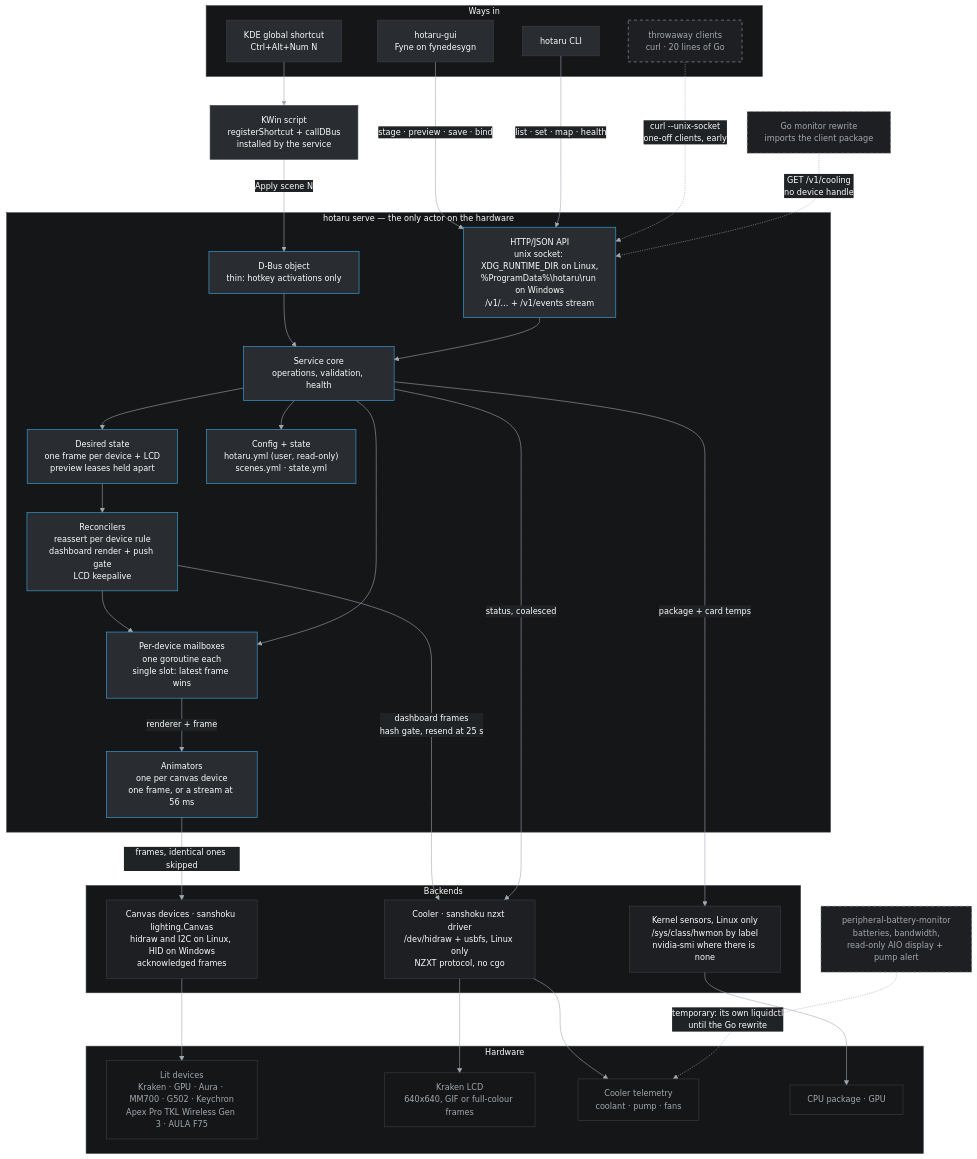
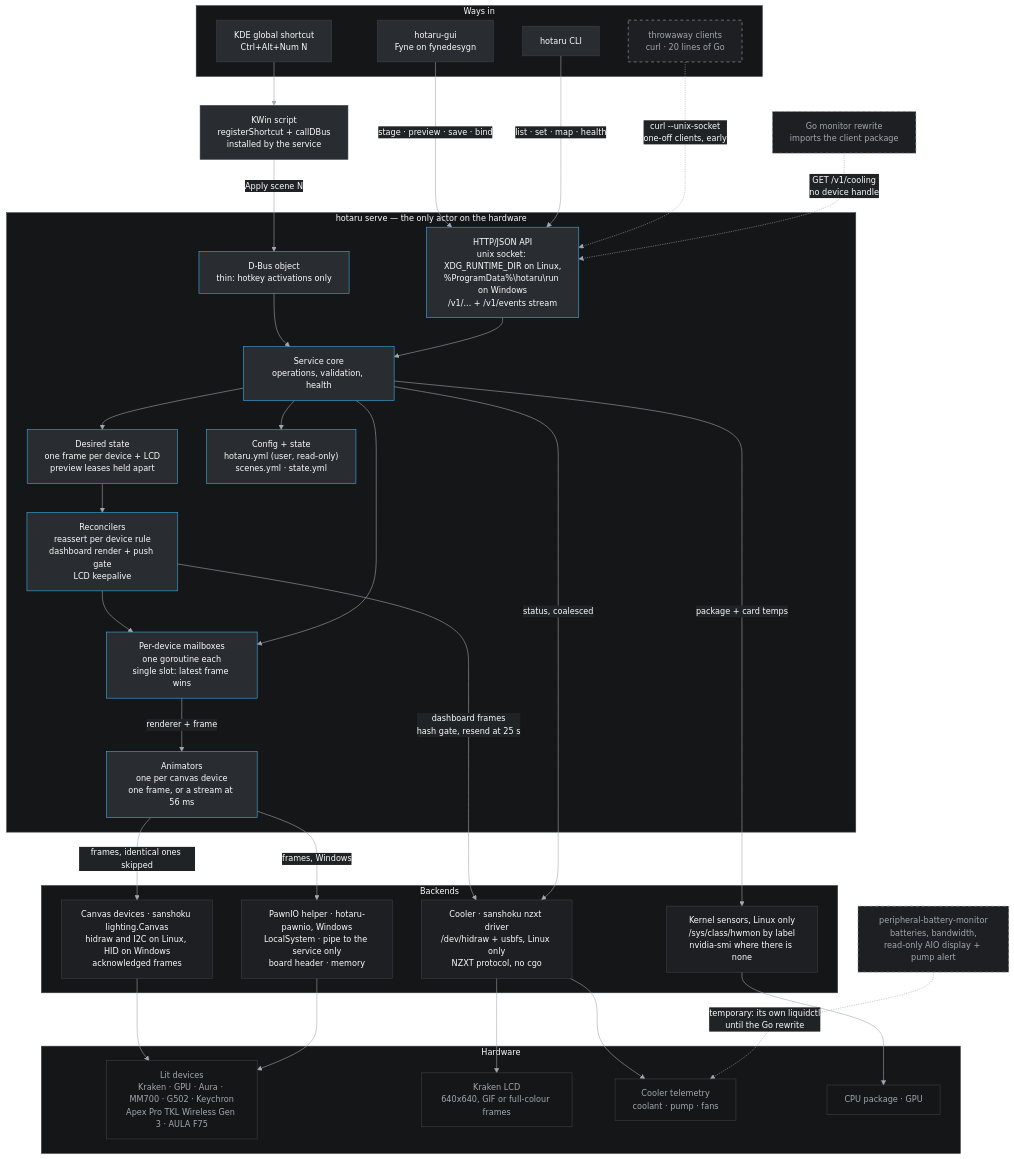
The first of 3 diagrams in docs/architecture.md (ushineko/hotaru), drawn with Mermaid before and after one commit. The commit also changed other lines of this file and 13 other files, not shown here.

```diff
--- a/docs/architecture.md
+++ b/docs/architecture.md
@@ -42,6 +42,7 @@
     subgraph backends["Backends"]
         COOL["Cooler · sanshoku nzxt driver<br/>/dev/hidraw + usbfs, Linux only<br/>NZXT protocol, no cgo"]
         CANV["Canvas devices · sanshoku lighting.Canvas<br/>hidraw and I2C on Linux, HID on Windows<br/>acknowledged frames"]
+        PAWN["PawnIO helper · hotaru-pawnio, Windows<br/>LocalSystem · pipe to the service only<br/>board header · memory"]
         HWMON["Kernel sensors, Linux only<br/>/sys/class/hwmon by label<br/>nvidia-smi where there is none"]
     end
 
@@ -76,6 +77,8 @@
     CORE -->|"package + card temps"| HWMON
 
     CANV --> LIT
+    ANIM -->|"frames, Windows"| PAWN
+    PAWN --> LIT
     COOL --> LCD
     COOL --> TELEM
     HWMON --> TEMP
@@ -90,7 +93,7 @@
     classDef entry fill:#292c30,stroke:#3c4045,color:#fcfcfc
 
     class DBUS,API,CORE,STATE,RECON,MBOX,ANIM,CFG svcnode
-    class COOL,CANV,HWMON backend
+    class COOL,CANV,PAWN,HWMON backend
     class LIT,LCD,TELEM,TEMP hwnode
     class KEY,GUI,CLI,KWIN entry
     class DEV future
```
